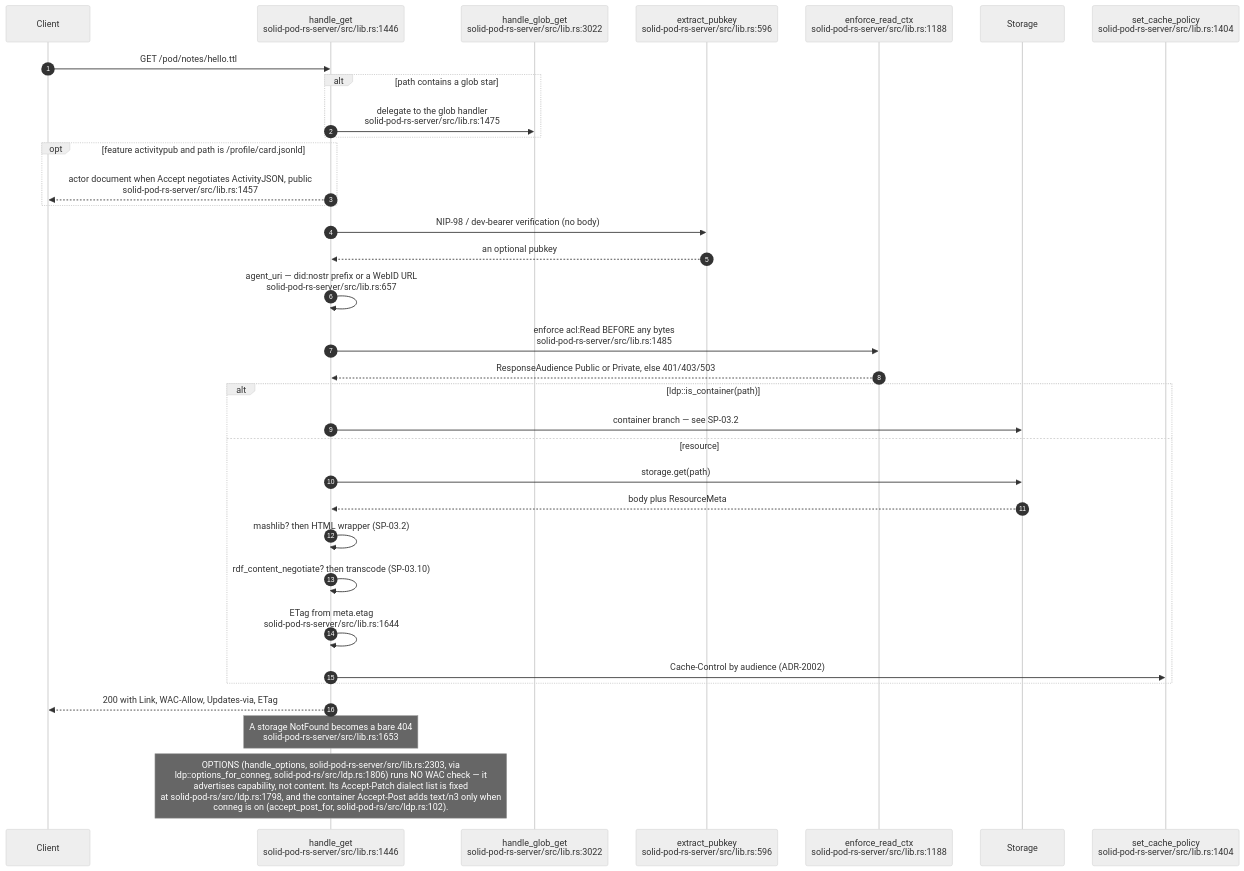
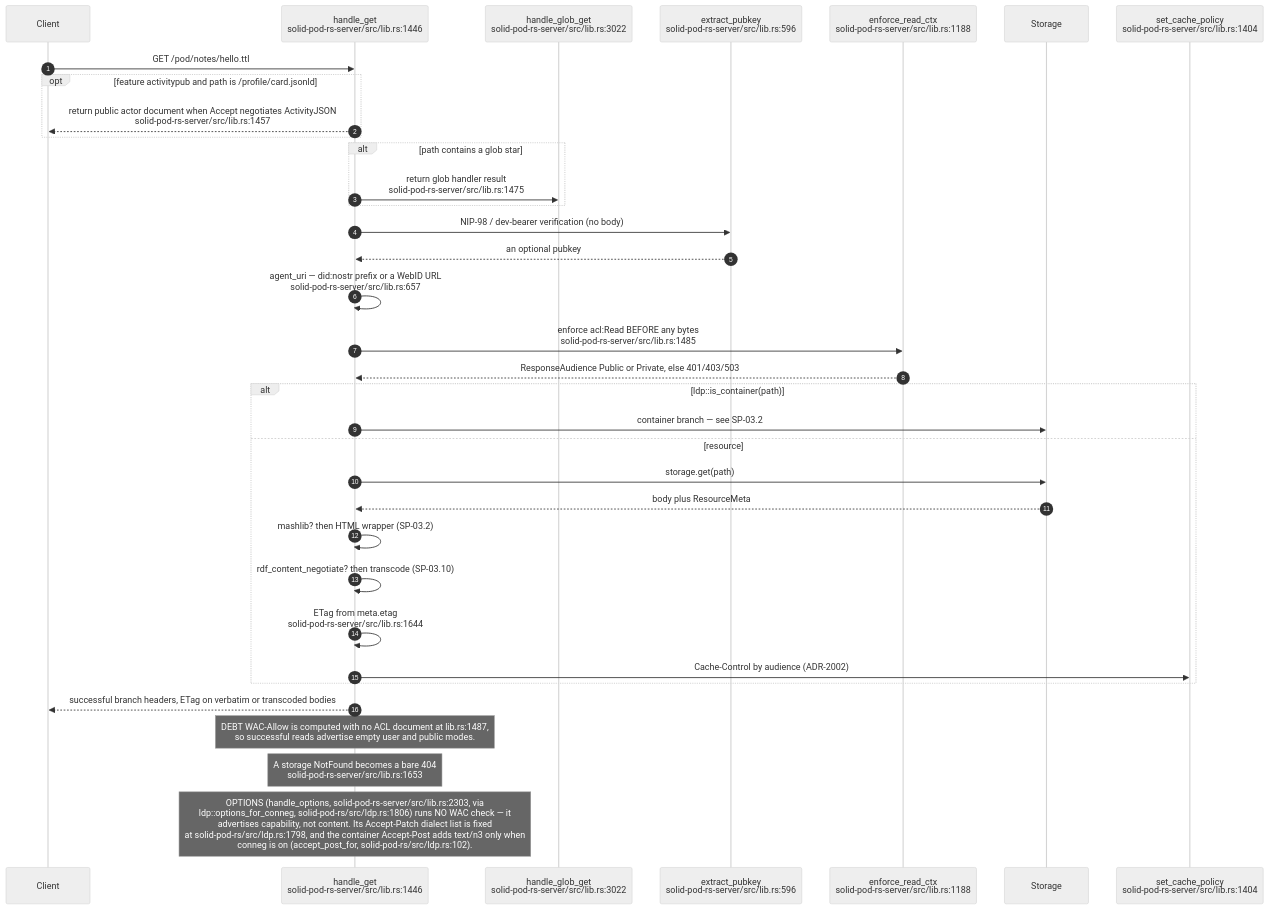
One commit to DreamLab-AI/VisionFlow changed the first of 11 diagrams in docs/diagrams/solid-pod-rs/03-ldp-request-lifecycle.md. Above: the diagram before and after it, drawn with Mermaid (neutral theme). The commit also changed other lines of this file and 30 other files, not shown here.

Commit message:
docs: audit Solid HTTP ACL admission and delivery contracts

````diff
--- a/docs/diagrams/solid-pod-rs/03-ldp-request-lifecycle.md
+++ b/docs/diagrams/solid-pod-rs/03-ldp-request-lifecycle.md
@@ -17,37 +17,38 @@
 ```mermaid
 sequenceDiagram
     autonumber
     participant C as Client
     participant G as handle_get<br/>solid-pod-rs-server/src/lib.rs:1446
     participant GL as handle_glob_get<br/>solid-pod-rs-server/src/lib.rs:3022
     participant AU as extract_pubkey<br/>solid-pod-rs-server/src/lib.rs:596
     participant W as enforce_read_ctx<br/>solid-pod-rs-server/src/lib.rs:1188
     participant S as Storage
     participant CP as set_cache_policy<br/>solid-pod-rs-server/src/lib.rs:1404
 
     C->>G: GET /pod/notes/hello.ttl
+    opt feature activitypub and path is /profile/card.jsonld
+        G-->>C: return public actor document when Accept negotiates ActivityJSON<br/>solid-pod-rs-server/src/lib.rs:1457
+    end
     alt path contains a glob star
-        G->>GL: delegate to the glob handler<br/>solid-pod-rs-server/src/lib.rs:1475
-    end
-    opt feature activitypub and path is /profile/card.jsonld
-        G-->>C: actor document when Accept negotiates ActivityJSON, public<br/>solid-pod-rs-server/src/lib.rs:1457
+        G->>GL: return glob handler result<br/>solid-pod-rs-server/src/lib.rs:1475
     end
     G->>AU: NIP-98 / dev-bearer verification (no body)
     AU-->>G: an optional pubkey
     G->>G: agent_uri — did:nostr prefix or a WebID URL<br/>solid-pod-rs-server/src/lib.rs:657
     G->>W: enforce acl:Read BEFORE any bytes<br/>solid-pod-rs-server/src/lib.rs:1485
     W-->>G: ResponseAudience Public or Private, else 401/403/503
     alt ldp::is_container(path)
         G->>S: container branch — see SP-03.2
     else resource
         G->>S: storage.get(path)
         S-->>G: body plus ResourceMeta
         G->>G: mashlib? then HTML wrapper (SP-03.2)
         G->>G: rdf_content_negotiate? then transcode (SP-03.10)
         G->>G: ETag from meta.etag<br/>solid-pod-rs-server/src/lib.rs:1644
         G->>CP: Cache-Control by audience (ADR-2002)
     end
-    G-->>C: 200 with Link, WAC-Allow, Updates-via, ETag
+    G-->>C: successful branch headers, ETag on verbatim or transcoded bodies
+    Note over G: DEBT WAC-Allow is computed with no ACL document at lib.rs:1487,<br/>so successful reads advertise empty user and public modes.
     Note over G: A storage NotFound becomes a bare 404<br/>solid-pod-rs-server/src/lib.rs:1653
     Note over G: OPTIONS (handle_options, solid-pod-rs-server/src/lib.rs:2303, via<br/>ldp::options_for_conneg, solid-pod-rs/src/ldp.rs:1806) runs NO WAC check — it<br/>advertises capability, not content. Its Accept-Patch dialect list is fixed<br/>at solid-pod-rs/src/ldp.rs:1798, and the container Accept-Post adds text/n3 only when<br/>conneg is on (accept_post_for, solid-pod-rs/src/ldp.rs:102).
 ```
````
